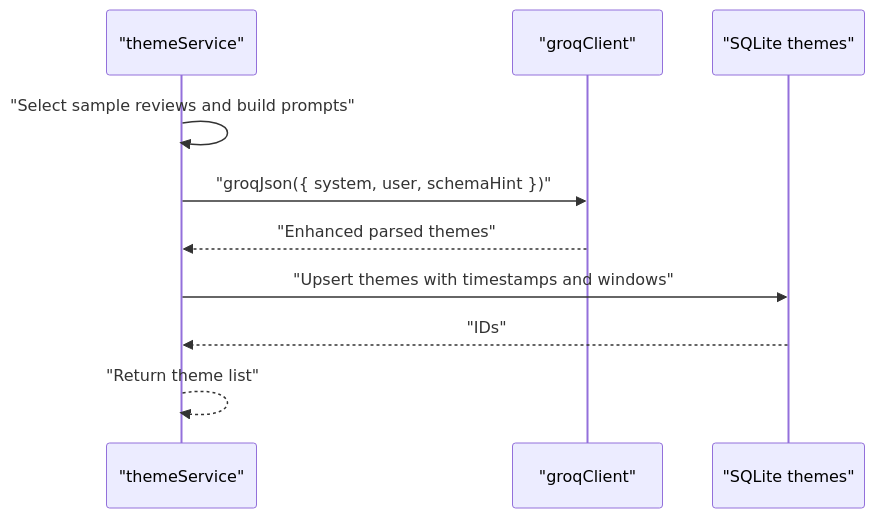
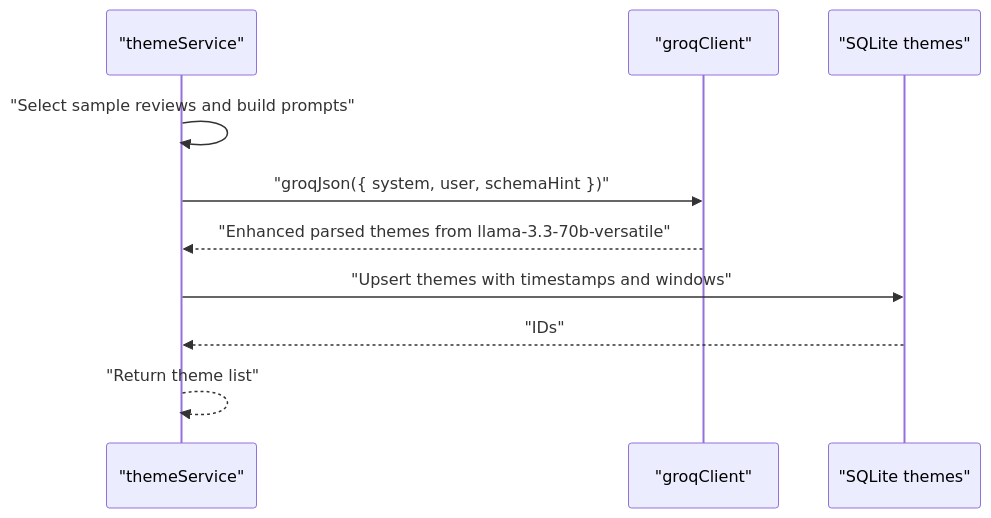
The fifth of 10 diagrams in .qoder/repowiki/en/content/Phase 2_ Advanced Analytics & Automation/LLM Integration with Groq.md (aravinthraj-ramalingam/Groww-App-Review-Insights-Analyzer-), drawn with Mermaid before and after one commit. The commit also changed other lines of this file and 10 other files, not shown here.

````diff
--- a/.qoder/repowiki/en/content/Phase 2_ Advanced Analytics & Automation/LLM Integration with Groq.md
+++ b/.qoder/repowiki/en/content/Phase 2_ Advanced Analytics & Automation/LLM Integration with Groq.md
@@ -228,12 +232,12 @@
 ```mermaid
 sequenceDiagram
 participant Svc as "themeService"
 participant Groq as "groqClient"
 participant DB as "SQLite themes"
 Svc->>Svc : "Select sample reviews and build prompts"
 Svc->>Groq : "groqJson({ system, user, schemaHint })"
-Groq-->>Svc : "Enhanced parsed themes"
+Groq-->>Svc : "Enhanced parsed themes from llama-3.3-70b-versatile"
 Svc->>DB : "Upsert themes with timestamps and windows"
 DB-->>Svc : "IDs"
 Svc-->>Svc : "Return theme list"
 ```
````
